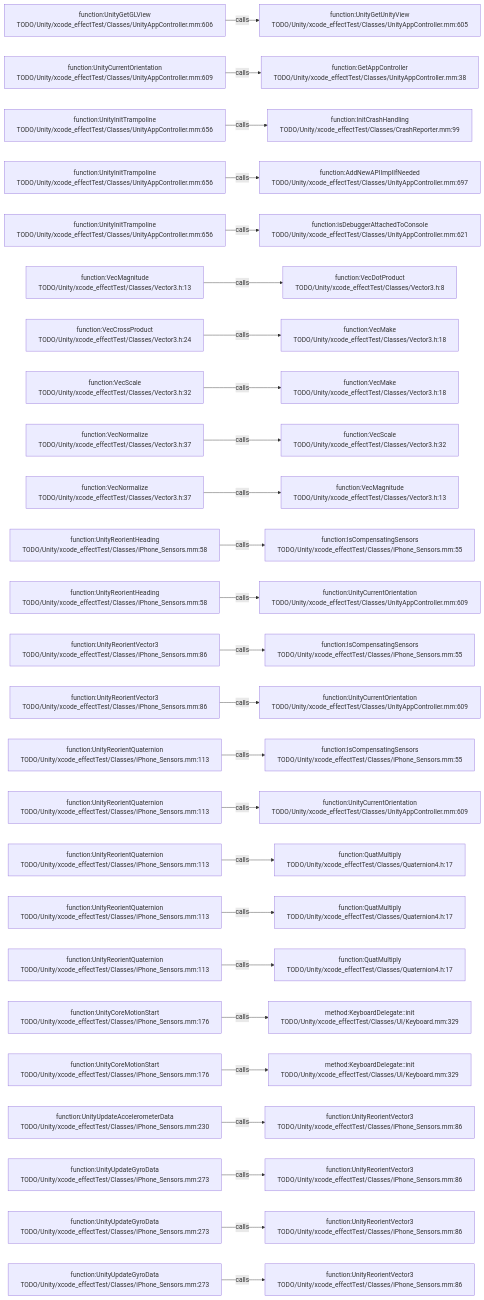
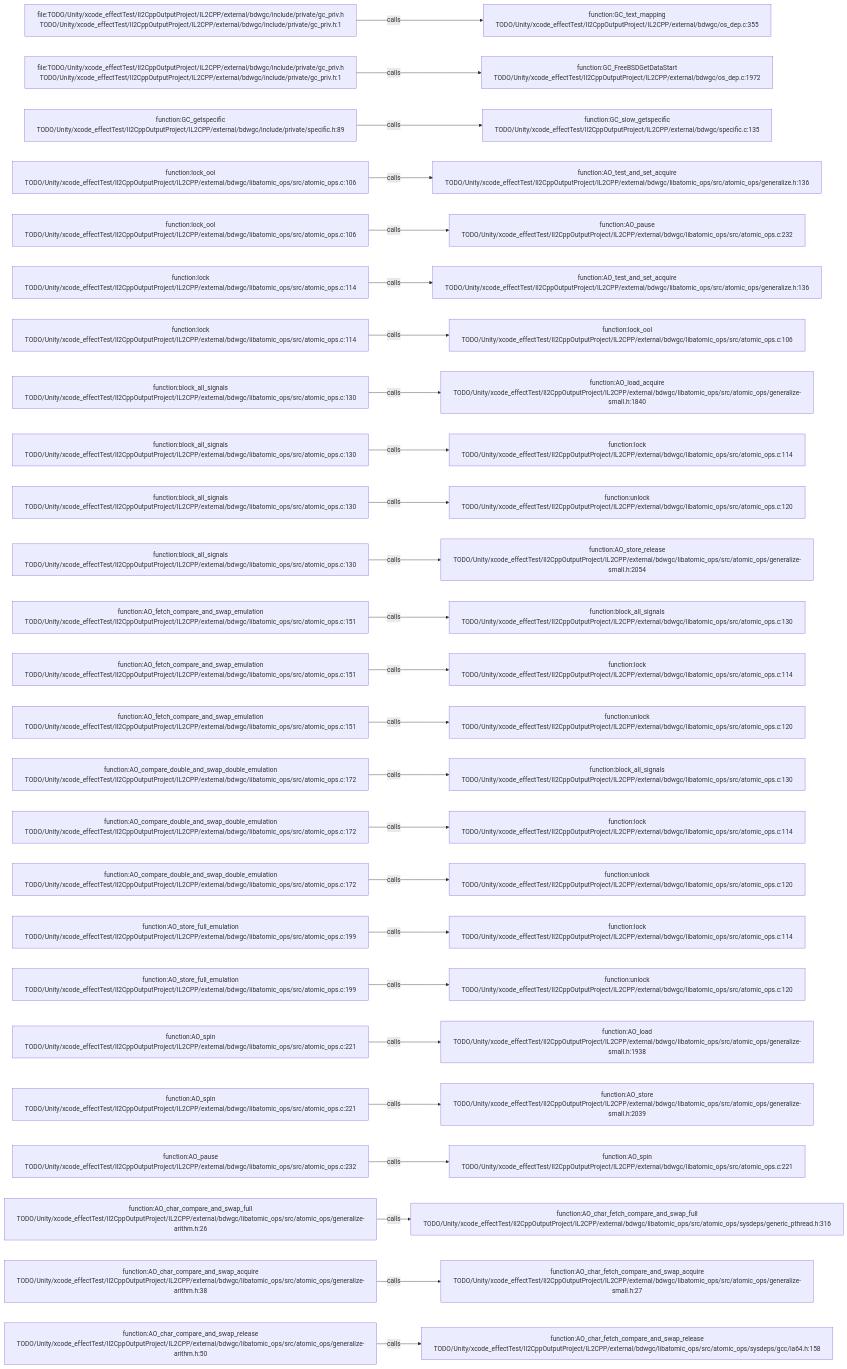
The diagram in .codegraph/codegraph.md/graphs/calls-117.md (JobsKits/JobsSwiftBaseConfigDemo), drawn with Mermaid before and after one commit. The commit also changed 227 other files, not shown here.

````diff
--- a/.codegraph/codegraph.md/graphs/calls-117.md
+++ b/.codegraph/codegraph.md/graphs/calls-117.md
@@ -13,78 +13,78 @@
 ```mermaid
 flowchart LR
-  S1["function:UnityGetGLView<br/>TODO/Unity/xcode_effectTest/Classes/UnityAppController.mm:606"]
-  T1["function:UnityGetUnityView<br/>TODO/Unity/xcode_effectTest/Classes/UnityAppController.mm:605"]
+  S1["file:TODO/Unity/xcode_effectTest/Il2CppOutputProject/IL2CPP/external/bdwgc/include/private/gc_priv.h<br/>TODO/Unity/xcode_effectTest/Il2CppOutputProject/IL2CPP/external/bdwgc/include/private/gc_priv.h:1"]
+  T1["function:GC_text_mapping<br/>TODO/Unity/xcode_effectTest/Il2CppOutputProject/IL2CPP/external/bdwgc/os_dep.c:355"]
   S1 -->|calls| T1
-  S2["function:UnityCurrentOrientation<br/>TODO/Unity/xcode_effectTest/Classes/UnityAppController.mm:609"]
-  T2["function:GetAppController<br/>TODO/Unity/xcode_effectTest/Classes/UnityAppController.mm:38"]
+  S2["file:TODO/Unity/xcode_effectTest/Il2CppOutputProject/IL2CPP/external/bdwgc/include/private/gc_priv.h<br/>TODO/Unity/xcode_effectTest/Il2CppOutputProject/IL2CPP/external/bdwgc/include/private/gc_priv.h:1"]
+  T2["function:GC_FreeBSDGetDataStart<br/>TODO/Unity/xcode_effectTest/Il2CppOutputProject/IL2CPP/external/bdwgc/os_dep.c:1972"]
   S2 -->|calls| T2
-  S3["function:UnityInitTrampoline<br/>TODO/Unity/xcode_effectTest/Classes/UnityAppController.mm:656"]
-  T3["function:InitCrashHandling<br/>TODO/Unity/xcode_effectTest/Classes/CrashReporter.mm:99"]
+  S3["function:GC_getspecific<br/>TODO/Unity/xcode_effectTest/Il2CppOutputProject/IL2CPP/external/bdwgc/include/private/specific.h:89"]
+  T3["function:GC_slow_getspecific<br/>TODO/Unity/xcode_effectTest/Il2CppOutputProject/IL2CPP/external/bdwgc/specific.c:135"]
   S3 -->|calls| T3
-  S4["function:UnityInitTrampoline<br/>TODO/Unity/xcode_effectTest/Classes/UnityAppController.mm:656"]
-  T4["function:AddNewAPIImplIfNeeded<br/>TODO/Unity/xcode_effectTest/Classes/UnityAppController.mm:697"]
+  S4["function:lock_ool<br/>TODO/Unity/xcode_effectTest/Il2CppOutputProject/IL2CPP/external/bdwgc/libatomic_ops/src/atomic_ops.c:106"]
+  T4["function:AO_test_and_set_acquire<br/>TODO/Unity/xcode_effectTest/Il2CppOutputProject/IL2CPP/external/bdwgc/libatomic_ops/src/atomic_ops/generalize.h:136"]
   S4 -->|calls| T4
-  S5["function:UnityInitTrampoline<br/>TODO/Unity/xcode_effectTest/Classes/UnityAppController.mm:656"]
-  T5["function:isDebuggerAttachedToConsole<br/>TODO/Unity/xcode_effectTest/Classes/UnityAppController.mm:621"]
+  S5["function:lock_ool<br/>TODO/Unity/xcode_effectTest/Il2CppOutputProject/IL2CPP/external/bdwgc/libatomic_ops/src/atomic_ops.c:106"]
+  T5["function:AO_pause<br/>TODO/Unity/xcode_effectTest/Il2CppOutputProject/IL2CPP/external/bdwgc/libatomic_ops/src/atomic_ops.c:232"]
   S5 -->|calls| T5
-  S6["function:VecMagnitude<br/>TODO/Unity/xcode_effectTest/Classes/Vector3.h:13"]
-  T6["function:VecDotProduct<br/>TODO/Unity/xcode_effectTest/Classes/Vector3.h:8"]
+  S6["function:lock<br/>TODO/Unity/xcode_effectTest/Il2CppOutputProject/IL2CPP/external/bdwgc/libatomic_ops/src/atomic_ops.c:114"]
+  T6["function:AO_test_and_set_acquire<br/>TODO/Unity/xcode_effectTest/Il2CppOutputProject/IL2CPP/external/bdwgc/libatomic_ops/src/atomic_ops/generalize.h:136"]
   S6 -->|calls| T6
-  S7["function:VecCrossProduct<br/>TODO/Unity/xcode_effectTest/Classes/Vector3.h:24"]
-  T7["function:VecMake<br/>TODO/Unity/xcode_effectTest/Classes/Vector3.h:18"]
+  S7["function:lock<br/>TODO/Unity/xcode_effectTest/Il2CppOutputProject/IL2CPP/external/bdwgc/libatomic_ops/src/atomic_ops.c:114"]
+  T7["function:lock_ool<br/>TODO/Unity/xcode_effectTest/Il2CppOutputProject/IL2CPP/external/bdwgc/libatomic_ops/src/atomic_ops.c:106"]
   S7 -->|calls| T7
-  S8["function:VecScale<br/>TODO/Unity/xcode_effectTest/Classes/Vector3.h:32"]
-  T8["function:VecMake<br/>TODO/Unity/xcode_effectTest/Classes/Vector3.h:18"]
+  S8["function:block_all_signals<br/>TODO/Unity/xcode_effectTest/Il2CppOutputProject/IL2CPP/external/bdwgc/libatomic_ops/src/atomic_ops.c:130"]
+  T8["function:AO_load_acquire<br/>TODO/Unity/xcode_effectTest/Il2CppOutputProject/IL2CPP/external/bdwgc/libatomic_ops/src/atomic_ops/generalize-small.h:1840"]
   S8 -->|calls| T8
-  S9["function:VecNormalize<br/>TODO/Unity/xcode_effectTest/Classes/Vector3.h:37"]
-  T9["function:VecScale<br/>TODO/Unity/xcode_effectTest/Classes/Vector3.h:32"]
+  S9["function:block_all_signals<br/>TODO/Unity/xcode_effectTest/Il2CppOutputProject/IL2CPP/external/bdwgc/libatomic_ops/src/atomic_ops.c:130"]
+  T9["function:lock<br/>TODO/Unity/xcode_effectTest/Il2CppOutputProject/IL2CPP/external/bdwgc/libatomic_ops/src/atomic_ops.c:114"]
   S9 -->|calls| T9
-  S10["function:VecNormalize<br/>TODO/Unity/xcode_effectTest/Classes/Vector3.h:37"]
-  T10["function:VecMagnitude<br/>TODO/Unity/xcode_effectTest/Classes/Vector3.h:13"]
+  S10["function:block_all_signals<br/>TODO/Unity/xcode_effectTest/Il2CppOutputProject/IL2CPP/external/bdwgc/libatomic_ops/src/atomic_ops.c:130"]
+  T10["function:unlock<br/>TODO/Unity/xcode_effectTest/Il2CppOutputProject/IL2CPP/external/bdwgc/libatomic_ops/src/atomic_ops.c:120"]
   S10 -->|calls| T10
-  S11["function:UnityReorientHeading<br/>TODO/Unity/xcode_effectTest/Classes/iPhone_Sensors.mm:58"]
-  T11["function:IsCompensatingSensors<br/>TODO/Unity/xcode_effectTest/Classes/iPhone_Sensors.mm:55"]
+  S11["function:block_all_signals<br/>TODO/Unity/xcode_effectTest/Il2CppOutputProject/IL2CPP/external/bdwgc/libatomic_ops/src/atomic_ops.c:130"]
+  T11["function:AO_store_release<br/>TODO/Unity/xcode_effectTest/Il2CppOutputProject/IL2CPP/external/bdwgc/libatomic_ops/src/atomic_ops/generalize-small.h:2054"]
   S11 -->|calls| T11
-  S12["function:UnityReorientHeading<br/>TODO/Unity/xcode_effectTest/Classes/iPhone_Sensors.mm:58"]
-  T12["function:UnityCurrentOrientation<br/>TODO/Unity/xcode_effectTest/Classes/UnityAppController.mm:609"]
+  S12["function:AO_fetch_compare_and_swap_emulation<br/>TODO/Unity/xcode_effectTest/Il2CppOutputProject/IL2CPP/external/bdwgc/libatomic_ops/src/atomic_ops.c:151"]
+  T12["function:block_all_signals<br/>TODO/Unity/xcode_effectTest/Il2CppOutputProject/IL2CPP/external/bdwgc/libatomic_ops/src/atomic_ops.c:130"]
   S12 -->|calls| T12
-  S13["function:UnityReorientVector3<br/>TODO/Unity/xcode_effectTest/Classes/iPhone_Sensors.mm:86"]
-  T13["function:IsCompensatingSensors<br/>TODO/Unity/xcode_effectTest/Classes/iPhone_Sensors.mm:55"]
+  S13["function:AO_fetch_compare_and_swap_emulation<br/>TODO/Unity/xcode_effectTest/Il2CppOutputProject/IL2CPP/external/bdwgc/libatomic_ops/src/atomic_ops.c:151"]
+  T13["function:lock<br/>TODO/Unity/xcode_effectTest/Il2CppOutputProject/IL2CPP/external/bdwgc/libatomic_ops/src/atomic_ops.c:114"]
   S13 -->|calls| T13
-  S14["function:UnityReorientVector3<br/>TODO/Unity/xcode_effectTest/Classes/iPhone_Sensors.mm:86"]
-  T14["function:UnityCurrentOrientation<br/>TODO/Unity/xcode_effectTest/Classes/UnityAppController.mm:609"]
+  S14["function:AO_fetch_compare_and_swap_emulation<br/>TODO/Unity/xcode_effectTest/Il2CppOutputProject/IL2CPP/external/bdwgc/libatomic_ops/src/atomic_ops.c:151"]
+  T14["function:unlock<br/>TODO/Unity/xcode_effectTest/Il2CppOutputProject/IL2CPP/external/bdwgc/libatomic_ops/src/atomic_ops.c:120"]
   S14 -->|calls| T14
-  S15["function:UnityReorientQuaternion<br/>TODO/Unity/xcode_effectTest/Classes/iPhone_Sensors.mm:113"]
-  T15["function:IsCompensatingSensors<br/>TODO/Unity/xcode_effectTest/Classes/iPhone_Sensors.mm:55"]
+  S15["function:AO_compare_double_and_swap_double_emulation<br/>TODO/Unity/xcode_effectTest/Il2CppOutputProject/IL2CPP/external/bdwgc/libatomic_ops/src/atomic_ops.c:172"]
+  T15["function:block_all_signals<br/>TODO/Unity/xcode_effectTest/Il2CppOutputProject/IL2CPP/external/bdwgc/libatomic_ops/src/atomic_ops.c:130"]
   S15 -->|calls| T15
-  S16["function:UnityReorientQuaternion<br/>TODO/Unity/xcode_effectTest/Classes/iPhone_Sensors.mm:113"]
-  T16["function:UnityCurrentOrientation<br/>TODO/Unity/xcode_effectTest/Classes/UnityAppController.mm:609"]
+  S16["function:AO_compare_double_and_swap_double_emulation<br/>TODO/Unity/xcode_effectTest/Il2CppOutputProject/IL2CPP/external/bdwgc/libatomic_ops/src/atomic_ops.c:172"]
+  T16["function:lock<br/>TODO/Unity/xcode_effectTest/Il2CppOutputProject/IL2CPP/external/bdwgc/libatomic_ops/src/atomic_ops.c:114"]
   S16 -->|calls| T16
-  S17["function:UnityReorientQuaternion<br/>TODO/Unity/xcode_effectTest/Classes/iPhone_Sensors.mm:113"]
-  T17["function:QuatMultiply<br/>TODO/Unity/xcode_effectTest/Classes/Quaternion4.h:17"]
+  S17["function:AO_compare_double_and_swap_double_emulation<br/>TODO/Unity/xcode_effectTest/Il2CppOutputProject/IL2CPP/external/bdwgc/libatomic_ops/src/atomic_ops.c:172"]
+  T17["function:unlock<br/>TODO/Unity/xcode_effectTest/Il2CppOutputProject/IL2CPP/external/bdwgc/libatomic_ops/src/atomic_ops.c:120"]
   S17 -->|calls| T17
-  S18["function:UnityReorientQuaternion<br/>TODO/Unity/xcode_effectTest/Classes/iPhone_Sensors.mm:113"]
-  T18["function:QuatMultiply<br/>TODO/Unity/xcode_effectTest/Classes/Quaternion4.h:17"]
+  S18["function:AO_store_full_emulation<br/>TODO/Unity/xcode_effectTest/Il2CppOutputProject/IL2CPP/external/bdwgc/libatomic_ops/src/atomic_ops.c:199"]
+  T18["function:lock<br/>TODO/Unity/xcode_effectTest/Il2CppOutputProject/IL2CPP/external/bdwgc/libatomic_ops/src/atomic_ops.c:114"]
   S18 -->|calls| T18
-  S19["function:UnityReorientQuaternion<br/>TODO/Unity/xcode_effectTest/Classes/iPhone_Sensors.mm:113"]
-  T19["function:QuatMultiply<br/>TODO/Unity/xcode_effectTest/Classes/Quaternion4.h:17"]
+  S19["function:AO_store_full_emulation<br/>TODO/Unity/xcode_effectTest/Il2CppOutputProject/IL2CPP/external/bdwgc/libatomic_ops/src/atomic_ops.c:199"]
+  T19["function:unlock<br/>TODO/Unity/xcode_effectTest/Il2CppOutputProject/IL2CPP/external/bdwgc/libatomic_ops/src/atomic_ops.c:120"]
   S19 -->|calls| T19
-  S20["function:UnityCoreMotionStart<br/>TODO/Unity/xcode_effectTest/Classes/iPhone_Sensors.mm:176"]
-  T20["method:KeyboardDelegate::init<br/>TODO/Unity/xcode_effectTest/Classes/UI/Keyboard.mm:329"]
+  S20["function:AO_spin<br/>TODO/Unity/xcode_effectTest/Il2CppOutputProject/IL2CPP/external/bdwgc/libatomic_ops/src/atomic_ops.c:221"]
+  T20["function:AO_load<br/>TODO/Unity/xcode_effectTest/Il2CppOutputProject/IL2CPP/external/bdwgc/libatomic_ops/src/atomic_ops/generalize-small.h:1938"]
   S20 -->|calls| T20
-  S21["function:UnityCoreMotionStart<br/>TODO/Unity/xcode_effectTest/Classes/iPhone_Sensors.mm:176"]
-  T21["method:KeyboardDelegate::init<br/>TODO/Unity/xcode_effectTest/Classes/UI/Keyboard.mm:329"]
+  S21["function:AO_spin<br/>TODO/Unity/xcode_effectTest/Il2CppOutputProject/IL2CPP/external/bdwgc/libatomic_ops/src/atomic_ops.c:221"]
+  T21["function:AO_store<br/>TODO/Unity/xcode_effectTest/Il2CppOutputProject/IL2CPP/external/bdwgc/libatomic_ops/src/atomic_ops/generalize-small.h:2039"]
   S21 -->|calls| T21
-  S22["function:UnityUpdateAccelerometerData<br/>TODO/Unity/xcode_effectTest/Classes/iPhone_Sensors.mm:230"]
-  T22["function:UnityReorientVector3<br/>TODO/Unity/xcode_effectTest/Classes/iPhone_Sensors.mm:86"]
+  S22["function:AO_pause<br/>TODO/Unity/xcode_effectTest/Il2CppOutputProject/IL2CPP/external/bdwgc/libatomic_ops/src/atomic_ops.c:232"]
+  T22["function:AO_spin<br/>TODO/Unity/xcode_effectTest/Il2CppOutputProject/IL2CPP/external/bdwgc/libatomic_ops/src/atomic_ops.c:221"]
   S22 -->|calls| T22
-  S23["function:UnityUpdateGyroData<br/>TODO/Unity/xcode_effectTest/Classes/iPhone_Sensors.mm:273"]
-  T23["function:UnityReorientVector3<br/>TODO/Unity/xcode_effectTest/Classes/iPhone_Sensors.mm:86"]
+  S23["function:AO_char_compare_and_swap_full<br/>TODO/Unity/xcode_effectTest/Il2CppOutputProject/IL2CPP/external/bdwgc/libatomic_ops/src/atomic_ops/generalize-arithm.h:26"]
+  T23["function:AO_char_fetch_compare_and_swap_full<br/>TODO/Unity/xcode_effectTest/Il2CppOutputProject/IL2CPP/external/bdwgc/libatomic_ops/src/atomic_ops/sysdeps/generic_pthread.h:316"]
   S23 -->|calls| T23
-  S24["function:UnityUpdateGyroData<br/>TODO/Unity/xcode_effectTest/Classes/iPhone_Sensors.mm:273"]
-  T24["function:UnityReorientVector3<br/>TODO/Unity/xcode_effectTest/Classes/iPhone_Sensors.mm:86"]
+  S24["function:AO_char_compare_and_swap_acquire<br/>TODO/Unity/xcode_effectTest/Il2CppOutputProject/IL2CPP/external/bdwgc/libatomic_ops/src/atomic_ops/generalize-arithm.h:38"]
+  T24["function:AO_char_fetch_compare_and_swap_acquire<br/>TODO/Unity/xcode_effectTest/Il2CppOutputProject/IL2CPP/external/bdwgc/libatomic_ops/src/atomic_ops/generalize-small.h:27"]
   S24 -->|calls| T24
-  S25["function:UnityUpdateGyroData<br/>TODO/Unity/xcode_effectTest/Classes/iPhone_Sensors.mm:273"]
-  T25["function:UnityReorientVector3<br/>TODO/Unity/xcode_effectTest/Classes/iPhone_Sensors.mm:86"]
+  S25["function:AO_char_compare_and_swap_release<br/>TODO/Unity/xcode_effectTest/Il2CppOutputProject/IL2CPP/external/bdwgc/libatomic_ops/src/atomic_ops/generalize-arithm.h:50"]
+  T25["function:AO_char_fetch_compare_and_swap_release<br/>TODO/Unity/xcode_effectTest/Il2CppOutputProject/IL2CPP/external/bdwgc/libatomic_ops/src/atomic_ops/sysdeps/gcc/ia64.h:158"]
   S25 -->|calls| T25
 ```
````
